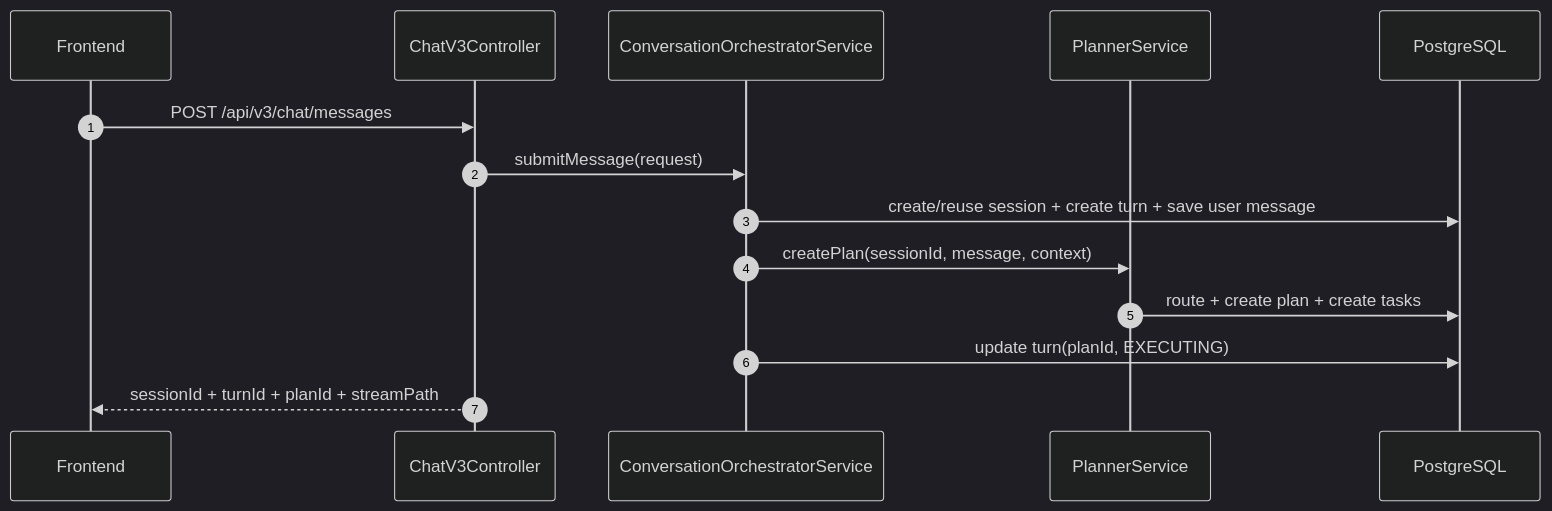
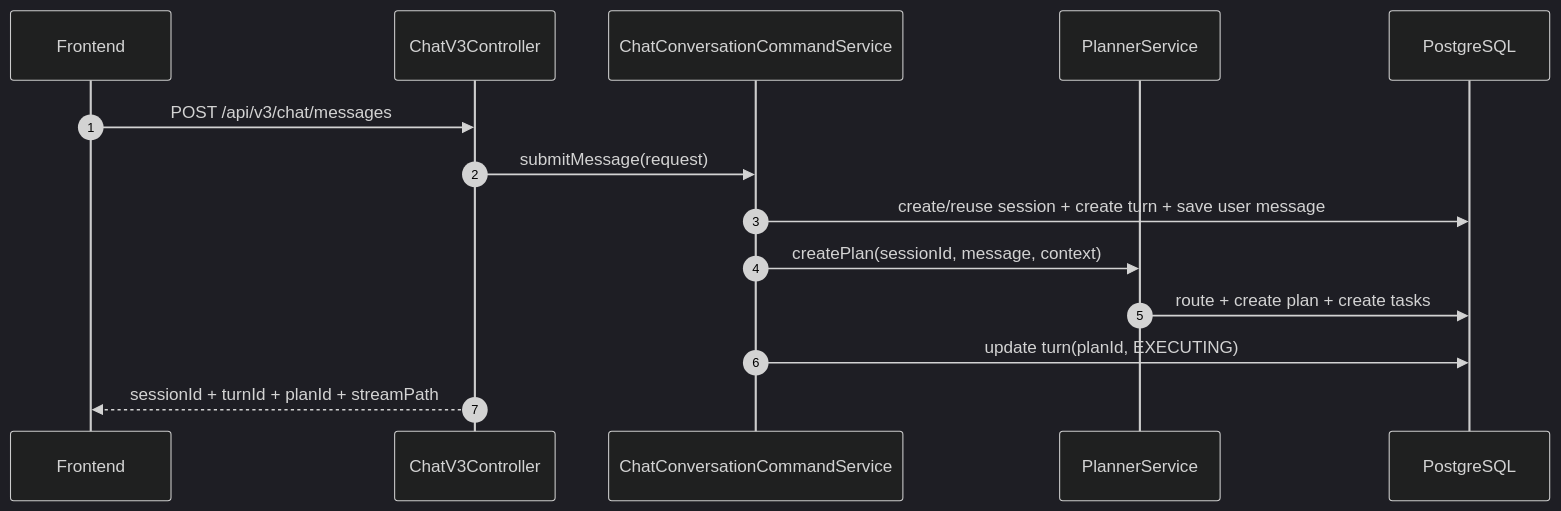
The first of 3 diagrams in docs/02-system-architecture.md (letmetocode/agent), drawn with Mermaid (dark theme) before and after one commit. The commit also changed other lines of this file and 2 other files, not shown here.

````diff
--- a/docs/02-system-architecture.md
+++ b/docs/02-system-architecture.md
@@ -68,17 +68,17 @@
 ```mermaid
 sequenceDiagram
     autonumber
     participant UI as Frontend
     participant ChatV3 as ChatV3Controller
-    participant Orchestrator as ConversationOrchestratorService
+    participant Orchestrator as ChatConversationCommandService
     participant Planner as PlannerService
     participant DB as PostgreSQL
 
     UI->>ChatV3: POST /api/v3/chat/messages
     ChatV3->>Orchestrator: submitMessage(request)
     Orchestrator->>DB: create/reuse session + create turn + save user message
     Orchestrator->>Planner: createPlan(sessionId, message, context)
     Planner->>DB: route + create plan + create tasks
     Orchestrator->>DB: update turn(planId, EXECUTING)
     ChatV3-->>UI: sessionId + turnId + planId + streamPath
 ```
````
